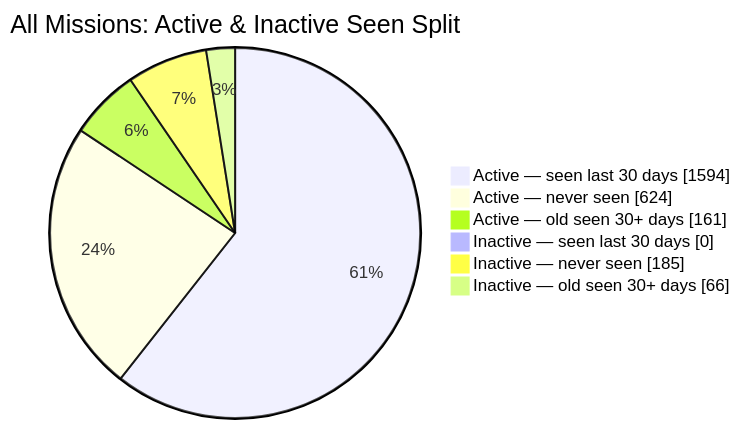
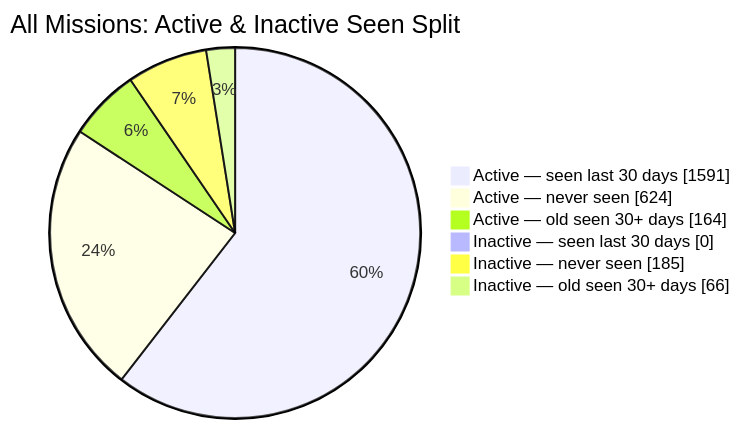
The second of 2 diagrams in README.md (MeldkamerspelGameTeam/active-missions), drawn with Mermaid before and after one commit. The commit also changed other lines of this file and 3 other files, not shown here.

````diff
--- a/README.md
+++ b/README.md
@@ -44,10 +44,10 @@
 ```mermaid
 pie showData
     title All Missions: Active & Inactive Seen Split
-    "Active — seen last 30 days" : 1594
+    "Active — seen last 30 days" : 1591
     "Active — never seen" : 624
-    "Active — old seen 30+ days" : 161
+    "Active — old seen 30+ days" : 164
     "Inactive — seen last 30 days" : 0
     "Inactive — never seen" : 185
     "Inactive — old seen 30+ days" : 66
 ```
````
